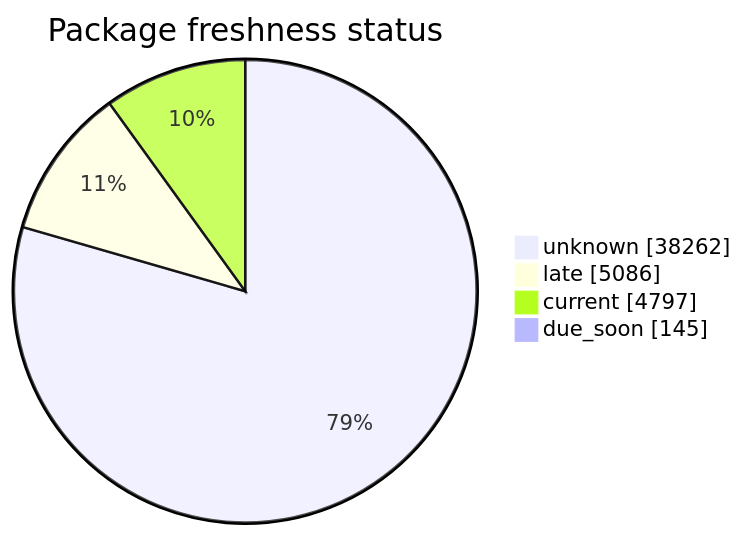
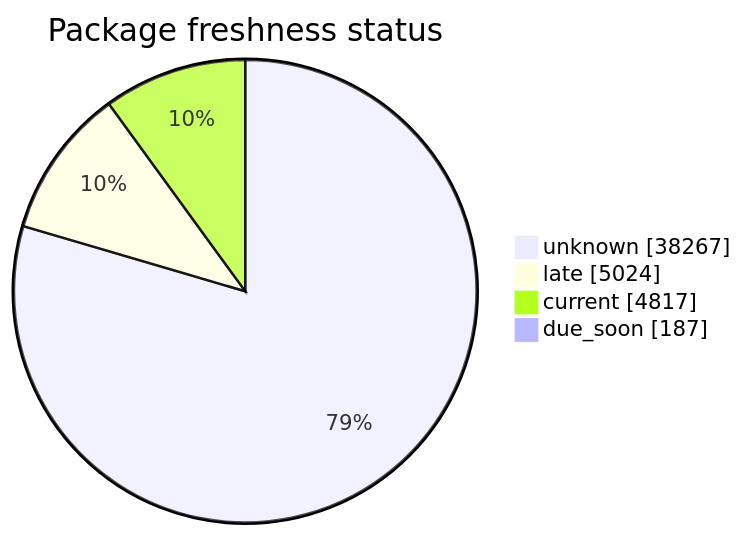
Before and after one commit to open-data/analytics-corporate-reporting: the second of 5 diagrams in FreshCheck/README.md, drawn with Mermaid. The commit also changed other lines of this file and 3 other files, not shown here.

````diff
--- a/FreshCheck/README.md
+++ b/FreshCheck/README.md
@@ -68,7 +68,7 @@
 ```mermaid
 pie showData title Package freshness status
-    "unknown": 38262
-    "late": 5086
-    "current": 4797
-    "due_soon": 145
+    "unknown": 38267
+    "late": 5024
+    "current": 4817
+    "due_soon": 187
 ```
````
